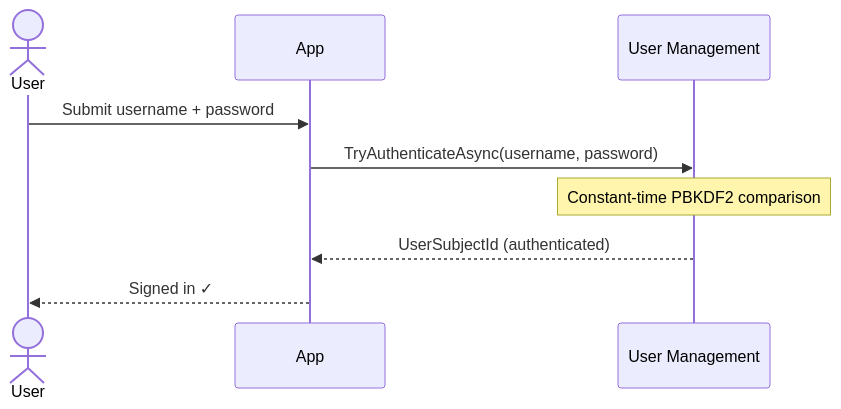
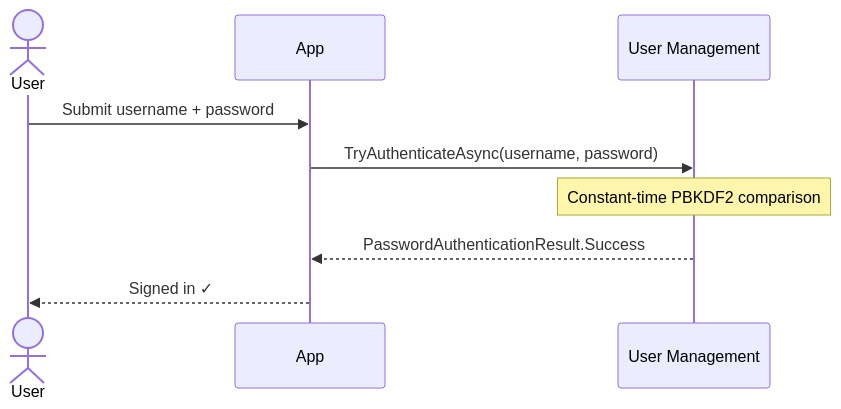
One commit to DuendeSoftware/docs.duendesoftware.com changed the first of 2 diagrams in astro/src/content/docs/usermanagement/authentication/passwords.mdx. Above: the diagram before and after it, drawn with Mermaid. The commit also changed other lines of this file and 12 other files, not shown here.

````diff
--- a/astro/src/content/docs/usermanagement/authentication/passwords.mdx
+++ b/astro/src/content/docs/usermanagement/authentication/passwords.mdx
@@ -243,12 +243,12 @@
 ```mermaid
 sequenceDiagram
     actor User
     participant App
     participant UserManagement as User Management
 
     User->>App: Submit username + password
     App->>UserManagement: TryAuthenticateAsync(username, password)
     Note over UserManagement: Constant-time PBKDF2 comparison
-    UserManagement-->>App: UserSubjectId (authenticated)
+    UserManagement-->>App: PasswordAuthenticationResult.Success
     App-->>User: Signed in ✓
 ```
````
